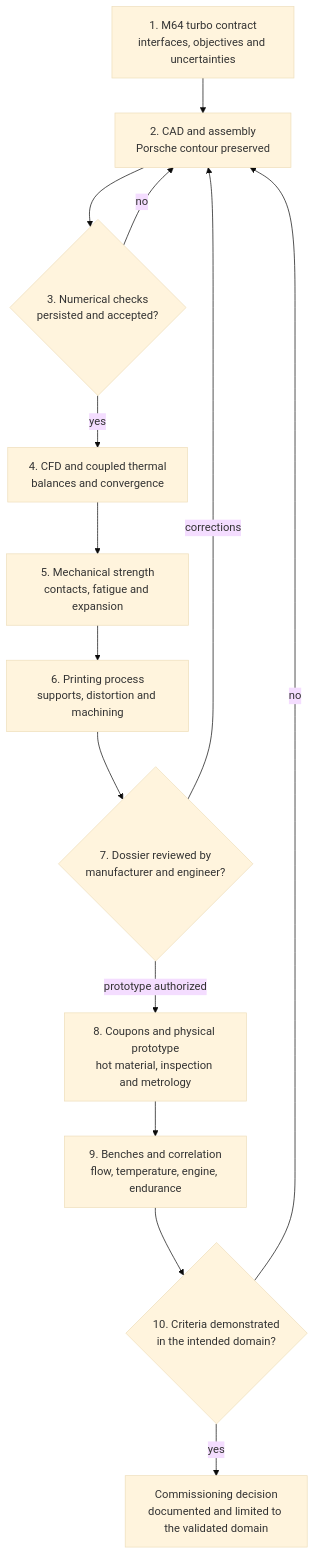
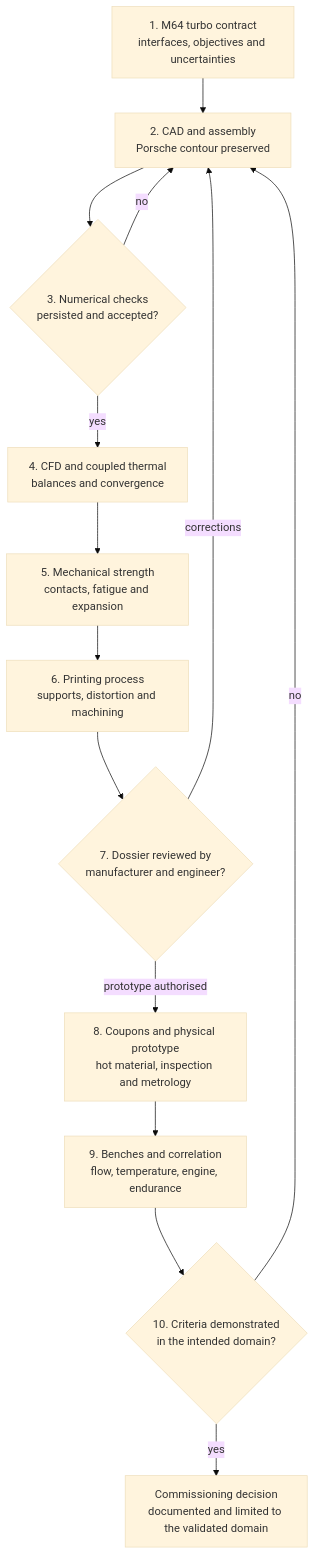
The third of 3 diagrams in docs/reports/M64_MULTIPHYSICS_EXECUTION.md (cluster2600/porscheparts), drawn with Mermaid (base theme) before and after one commit. The commit also changed other lines of this file and 480 other files, not shown here.

````diff
--- a/docs/reports/M64_MULTIPHYSICS_EXECUTION.md
+++ b/docs/reports/M64_MULTIPHYSICS_EXECUTION.md
@@ -278,16 +278,16 @@
 ```mermaid
 graph TD
     A["1. M64 turbo contract<br/>interfaces, objectives and uncertainties"] --> B["2. CAD and assembly<br/>Porsche contour preserved"]
     B --> C{"3. Numerical checks<br/>persisted and accepted?"}
     C -- "no" --> B
     C -- "yes" --> D["4. CFD and coupled thermal<br/>balances and convergence"]
     D --> E["5. Mechanical strength<br/>contacts, fatigue and expansion"]
     E --> F["6. Printing process<br/>supports, distortion and machining"]
     F --> G{"7. Dossier reviewed by<br/>manufacturer and engineer?"}
     G -- "corrections" --> B
-    G -- "prototype authorized" --> H["8. Coupons and physical prototype<br/>hot material, inspection and metrology"]
+    G -- "prototype authorised" --> H["8. Coupons and physical prototype<br/>hot material, inspection and metrology"]
     H --> I["9. Benches and correlation<br/>flow, temperature, engine, endurance"]
     I --> J{"10. Criteria demonstrated<br/>in the intended domain?"}
     J -- "no" --> B
     J -- "yes" --> K["Commissioning decision<br/>documented and limited to the validated domain"]
 ```
````
